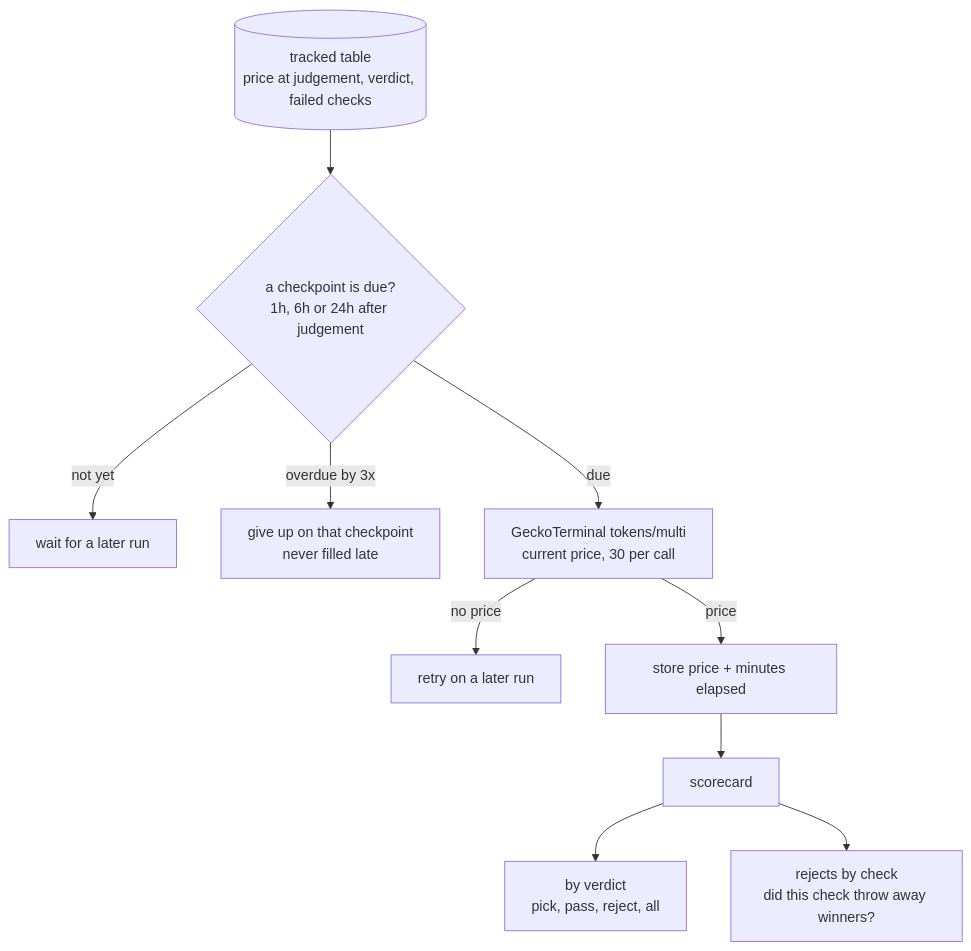
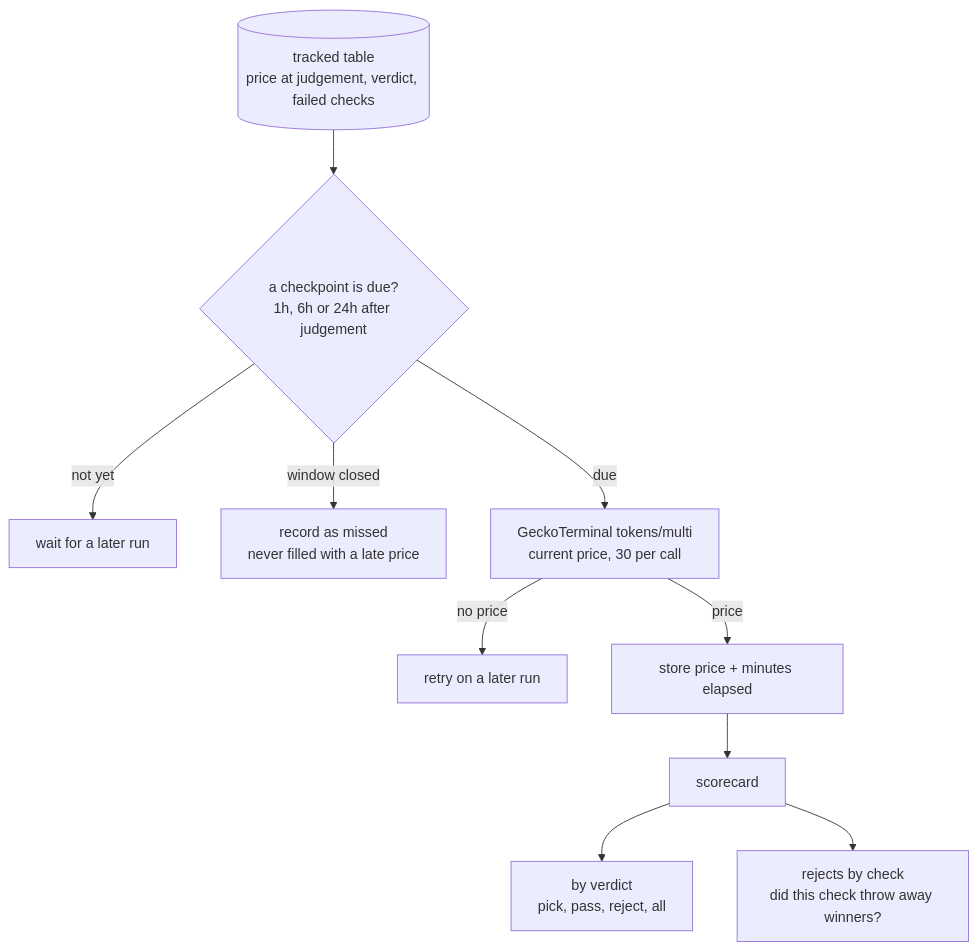
One commit to NickHammer/jev-desk changed the sixth of 8 diagrams in ARCHITECTURE.md. Above: the diagram before and after it, drawn with Mermaid. The commit also changed other lines of this file and 10 other files, not shown here.

````diff
--- a/ARCHITECTURE.md
+++ b/ARCHITECTURE.md
@@ -120,12 +147,12 @@
 ```mermaid
 flowchart TD
     T[("tracked table<br/>price at judgement, verdict, failed checks")] --> D{"a checkpoint is due?<br/>1h, 6h or 24h after judgement"}
     D -- "not yet" --> W["wait for a later run"]
-    D -- "overdue by 3x" --> GU["give up on that checkpoint<br/>never filled late"]
+    D -- "window closed" --> GU["record as missed<br/>never filled with a late price"]
     D -- due --> PR["GeckoTerminal tokens/multi<br/>current price, 30 per call"]
     PR -- "no price" --> RT["retry on a later run"]
     PR -- price --> F["store price + minutes elapsed"]
     F --> R["scorecard"]
     R --> R1["by verdict<br/>pick, pass, reject, all"]
     R --> R2["rejects by check<br/>did this check throw away winners?"]
 ```
````
